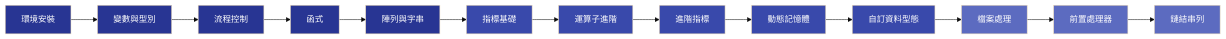
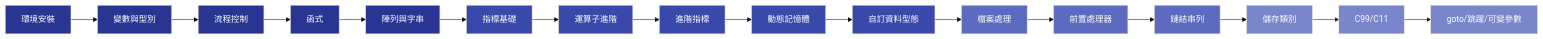
The diagram in c/index.md (MiaoTWWW/python-teaching), drawn with Mermaid (base theme) before and after one commit. The commit also changed other lines of this file and 5 other files, not shown here.

````diff
--- a/c/index.md
+++ b/c/index.md
@@ -40,29 +43,35 @@
 ```mermaid
 flowchart LR
   A[環境安裝] --> B[變數與型別]
   B --> C[流程控制]
   C --> D[函式]
   D --> E[陣列與字串]
   E --> F[指標基礎]
   F --> G[運算子進階]
   G --> H[進階指標]
   H --> I[動態記憶體]
   I --> J[自訂資料型態]
   J --> K[檔案處理]
   K --> L[前置處理器]
   L --> M[鏈結串列]
+  M --> N[儲存類別]
+  N --> O[C99/C11]
+  O --> P[goto/跳躍/可變參數]
   
   style A fill:#283593,color:#fff
   style B fill:#283593,color:#fff
   style C fill:#283593,color:#fff
   style D fill:#283593,color:#fff
   style E fill:#283593,color:#fff
   style F fill:#3949AB,color:#fff
   style G fill:#3949AB,color:#fff
   style H fill:#3949AB,color:#fff
   style I fill:#3949AB,color:#fff
   style J fill:#3949AB,color:#fff
   style K fill:#5C6BC0,color:#fff
   style L fill:#5C6BC0,color:#fff
   style M fill:#5C6BC0,color:#fff
+  style N fill:#7986CB,color:#fff
+  style O fill:#7986CB,color:#fff
+  style P fill:#7986CB,color:#fff
 ```
````
